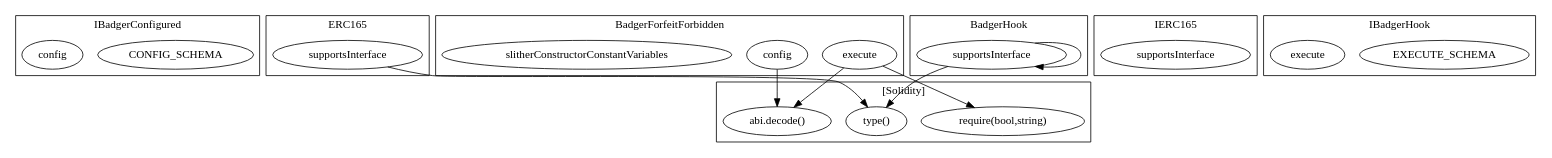
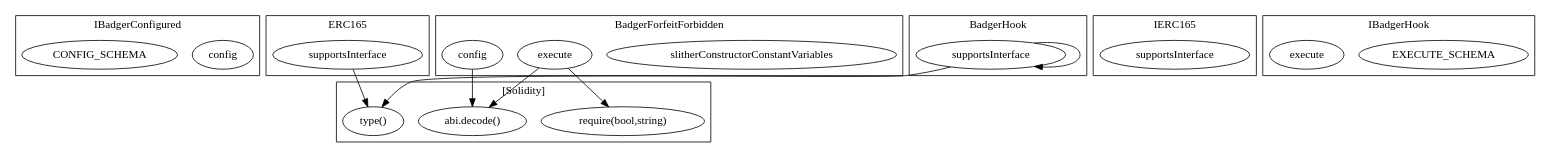
The diagram in contracts/build/...BadgerForfeitForbidden.call-graph.dot (FlipsideCrypto/badger), drawn with Graphviz before and after one commit. The commit also changed other lines of this file and 21 other files, not shown here.

```diff
--- a/contracts/build/...BadgerForfeitForbidden.call-graph.dot
+++ b/contracts/build/...BadgerForfeitForbidden.call-graph.dot
@@ -1,36 +1,36 @@
 strict digraph {
 subgraph cluster_6468_IBadgerConfigured {
 label = "IBadgerConfigured"
+"6468_config" [label="config"]
 "6468_CONFIG_SCHEMA" [label="CONFIG_SCHEMA"]
-"6468_config" [label="config"]
 }subgraph cluster_3081_ERC165 {
 label = "ERC165"
 "3081_supportsInterface" [label="supportsInterface"]
 }subgraph cluster_5324_BadgerForfeitForbidden {
 label = "BadgerForfeitForbidden"
+"5324_slitherConstructorConstantVariables" [label="slitherConstructorConstantVariables"]
 "5324_execute" [label="execute"]
 "5324_config" [label="config"]
-"5324_slitherConstructorConstantVariables" [label="slitherConstructorConstantVariables"]
 }subgraph cluster_3093_IERC165 {
 label = "IERC165"
 "3093_supportsInterface" [label="supportsInterface"]
 }subgraph cluster_6488_IBadgerHook {
 label = "IBadgerHook"
 "6488_EXECUTE_SCHEMA" [label="EXECUTE_SCHEMA"]
 "6488_execute" [label="execute"]
 }subgraph cluster_4956_BadgerHook {
 label = "BadgerHook"
 "4956_supportsInterface" [label="supportsInterface"]
 "4956_supportsInterface" -> "4956_supportsInterface"
 }subgraph cluster_solidity {
 label = "[Solidity]"
+"require(bool,string)" 
 "abi.decode()" 
-"require(bool,string)" 
 "type()" 
-"4956_supportsInterface" -> "type()"
 "5324_execute" -> "abi.decode()"
 "5324_execute" -> "require(bool,string)"
+"4956_supportsInterface" -> "type()"
 "3081_supportsInterface" -> "type()"
 "5324_config" -> "abi.decode()"
 }
 }
```
